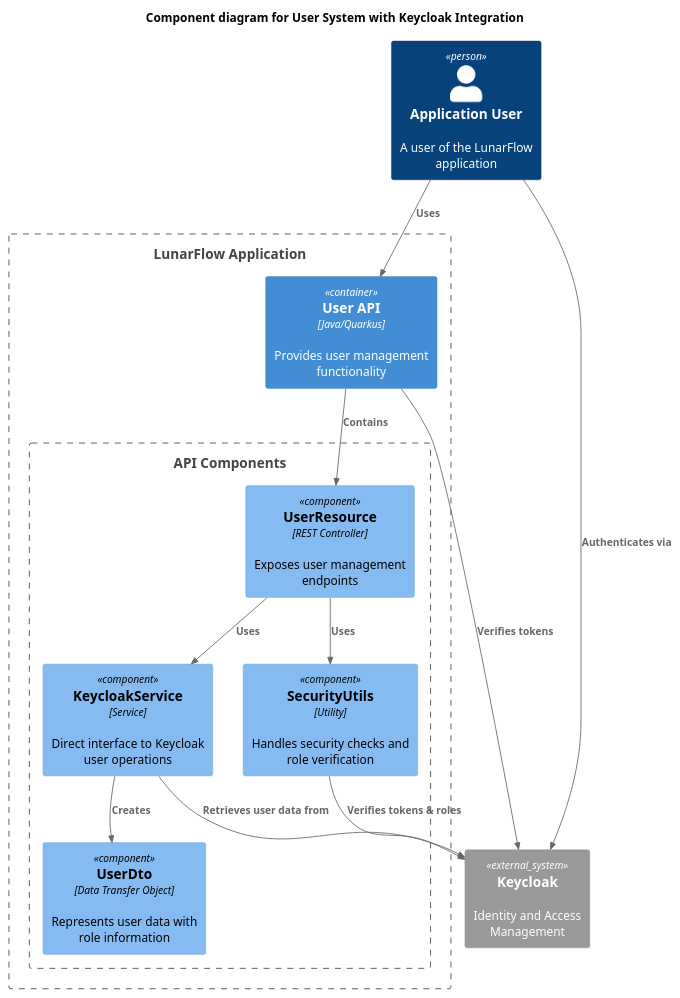
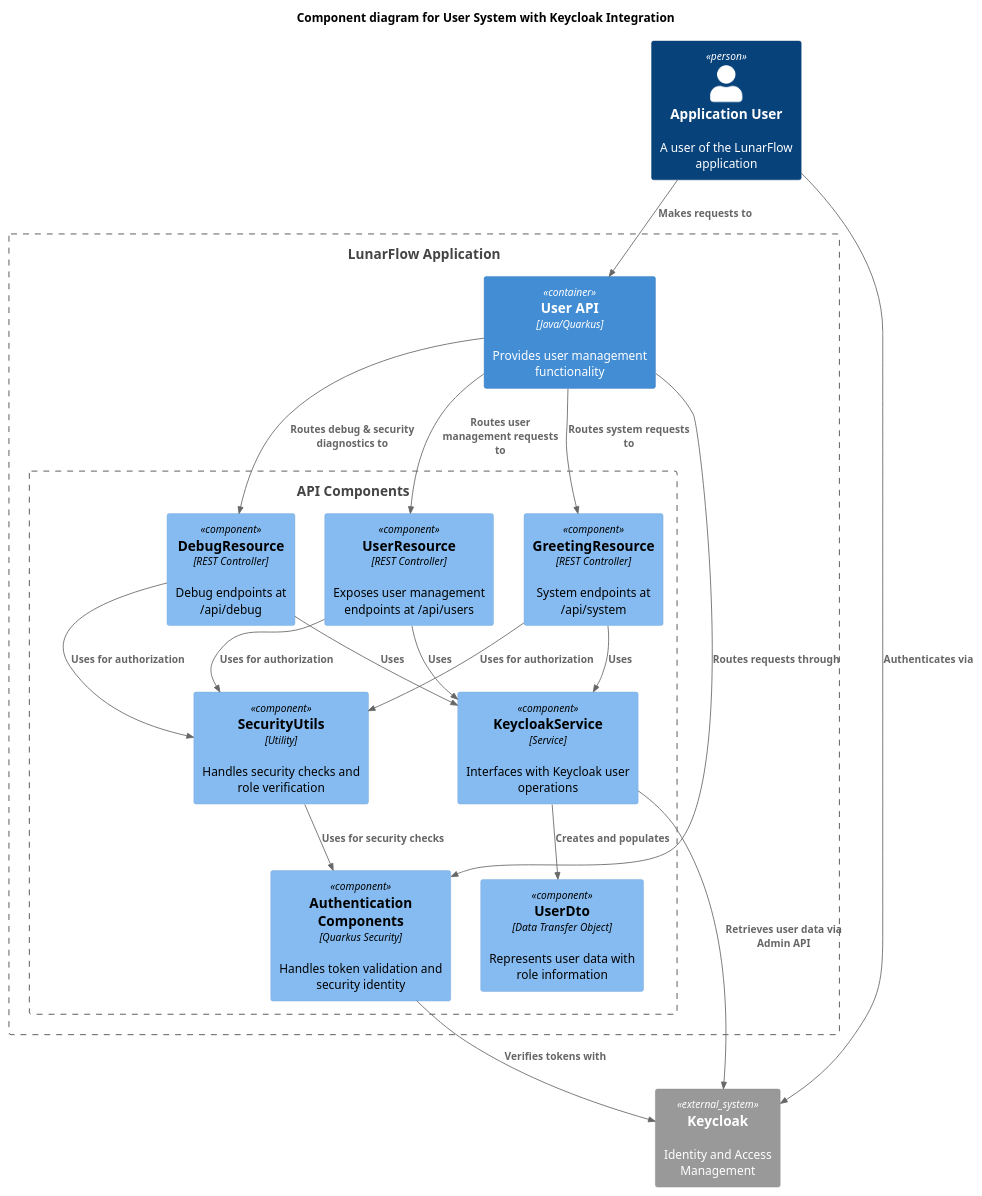
The diagram in c3.puml (fontys-lunarflow/keycloak_integration), drawn with PlantUML before and after one commit. The commit also changed 1 other file, not shown here.

Commit message:
Update diagrams

```diff
--- a/c3.puml
+++ b/c3.puml
@@ -1,33 +1,48 @@
 @startuml LunarFlow user_api C3 Diagram
 !include https://raw.githubusercontent.com/plantuml-stdlib/C4-PlantUML/master/C4_Component.puml
 
 title Component diagram for User System with Keycloak Integration
 
 Person(user, "Application User", "A user of the LunarFlow application")
 System_Ext(keycloak, "Keycloak", "Identity and Access Management")
 
 Boundary(application, "LunarFlow Application") {
     Container(api, "User API", "Java/Quarkus", "Provides user management functionality")
     
     Boundary(apiComponents, "API Components") {
-        Component(userResource, "UserResource", "REST Controller", "Exposes user management endpoints")
-        Component(keycloakService, "KeycloakService", "Service", "Direct interface to Keycloak user operations")
+        Component(userResource, "UserResource", "REST Controller", "Exposes user management endpoints at /api/users")
+        Component(greetingResource, "GreetingResource", "REST Controller", "System endpoints at /api/system")
+        Component(debugResource, "DebugResource", "REST Controller", "Debug endpoints at /api/debug")
+        Component(keycloakService, "KeycloakService", "Service", "Interfaces with Keycloak user operations")
         Component(userDto, "UserDto", "Data Transfer Object", "Represents user data with role information")
         Component(securityUtils, "SecurityUtils", "Utility", "Handles security checks and role verification")
+        Component(authComponents, "Authentication Components", "Quarkus Security", "Handles token validation and security identity")
     }
 }
 
 Rel(user, keycloak, "Authenticates via")
-Rel(user, api, "Uses")
-Rel(api, keycloak, "Verifies tokens")
+Rel(user, api, "Makes requests to")
 
+' Authentication flow
+Rel(api, authComponents, "Routes requests through")
+Rel(authComponents, keycloak, "Verifies tokens with")
+
+' Request flow
+Rel(api, userResource, "Routes user management requests to") 
+Rel(api, greetingResource, "Routes system requests to")
+Rel(api, debugResource, "Routes debug & security diagnostics to")
+
+' Component relationships
 Rel(userResource, keycloakService, "Uses")
-Rel(userResource, securityUtils, "Uses")
-Rel(keycloakService, userDto, "Creates")
-Rel(keycloakService, keycloak, "Retrieves user data from")
-Rel(api, userResource, "Contains")
+Rel(userResource, securityUtils, "Uses for authorization")
+Rel(greetingResource, keycloakService, "Uses")
+Rel(greetingResource, securityUtils, "Uses for authorization")
+Rel(debugResource, keycloakService, "Uses")
+Rel(debugResource, securityUtils, "Uses for authorization")
+Rel(keycloakService, userDto, "Creates and populates")
+Rel(keycloakService, keycloak, "Retrieves user data via Admin API")
 
-' Security relationships
-Rel(securityUtils, keycloak, "Verifies tokens & roles")
+' Security components
+Rel(securityUtils, authComponents, "Uses for security checks")
 
 @enduml
```
